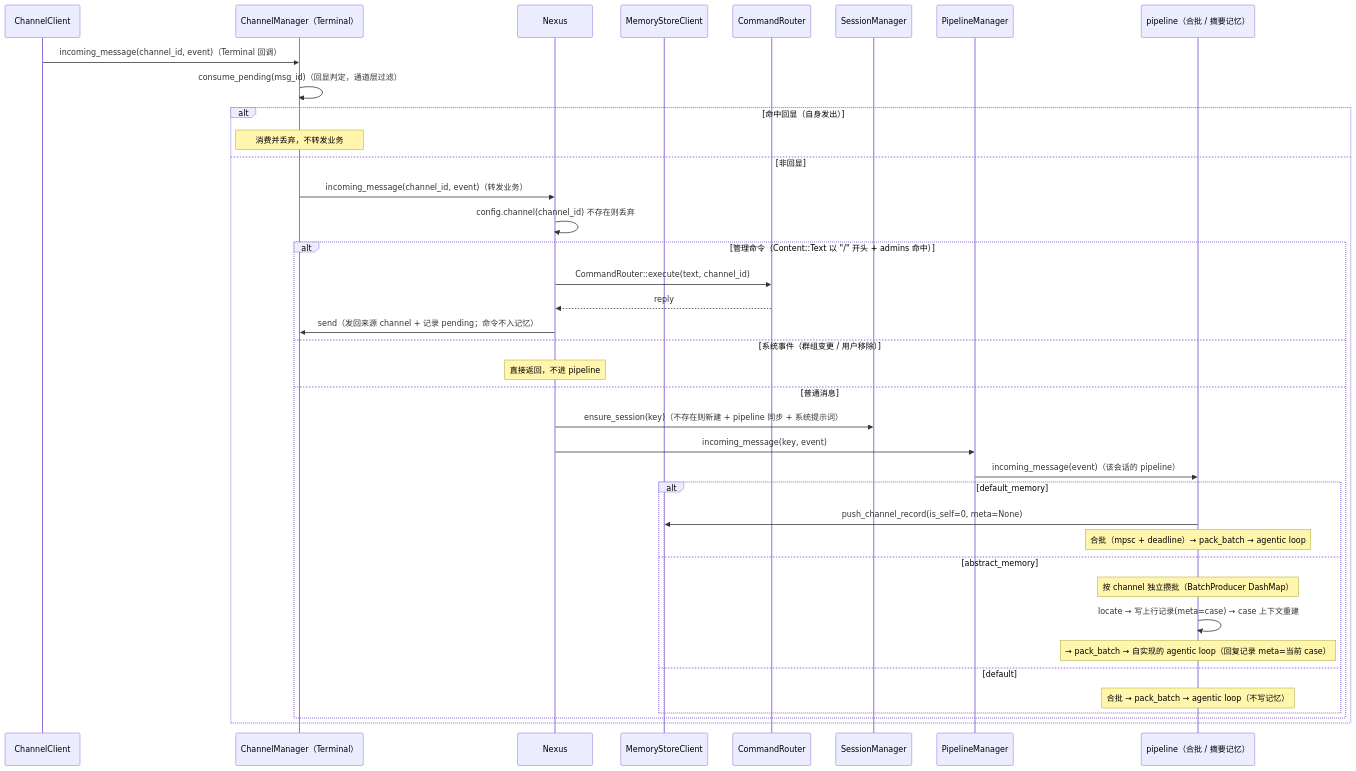
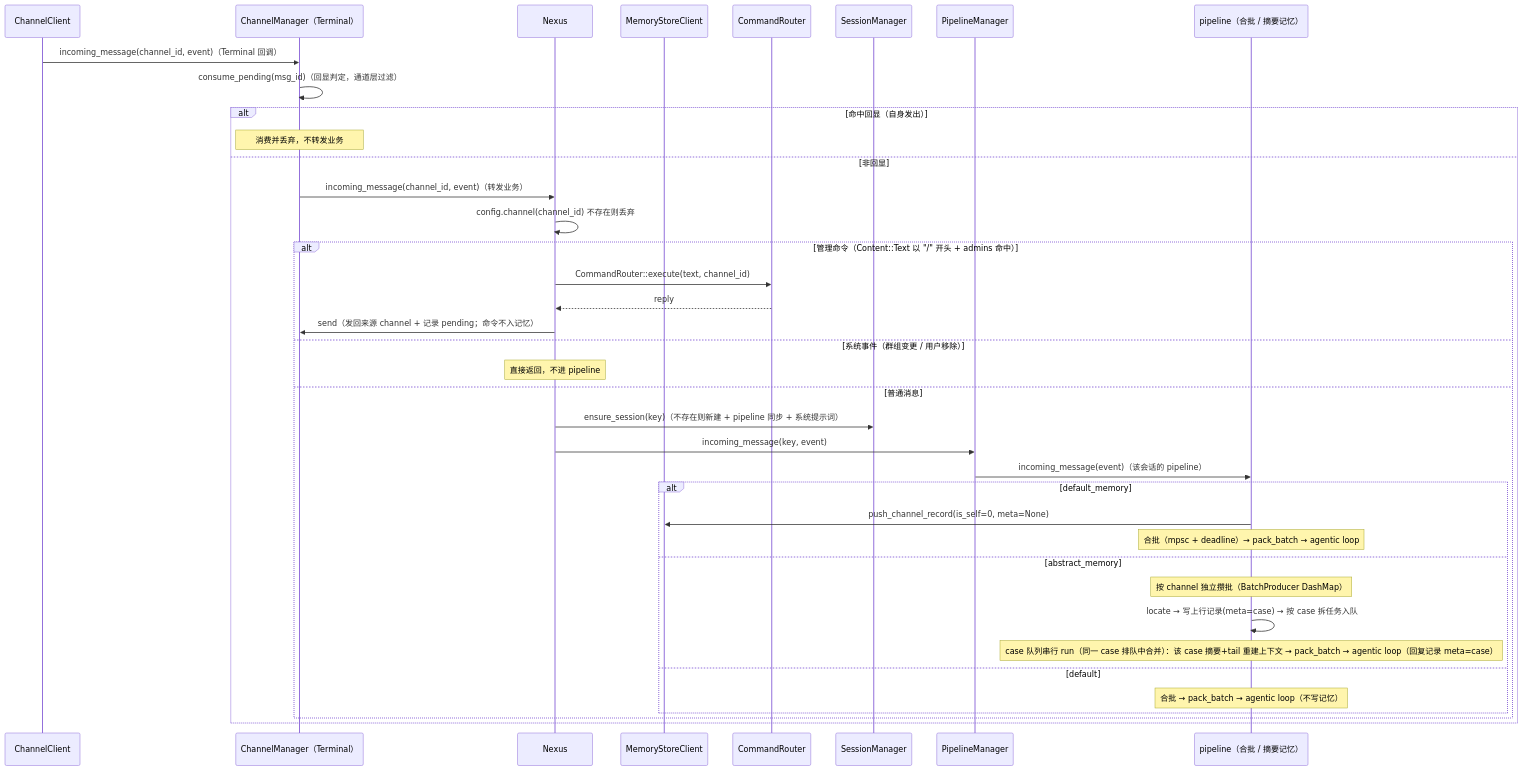
One commit to coldcloude/kissbot changed the third of 5 diagrams in docs/spec/agent-modules.md. Above: the diagram before and after it, drawn with Mermaid. The commit also changed other lines of this file and 3 other files, not shown here.

First line of the commit message:
摘要记忆 pipeline 按 case 拆分执行，run 粒度改为单个 case

````diff
--- a/docs/spec/agent-modules.md
+++ b/docs/spec/agent-modules.md
@@ -140,41 +140,41 @@
 ```mermaid
 sequenceDiagram
     participant CC as ChannelClient
     participant CHM as ChannelManager（Terminal）
     participant CO as Nexus
     participant MSC as MemoryStoreClient
     participant CRT as CommandRouter
     participant SM as SessionManager
     participant PLS as PipelineManager
     participant IP as pipeline（合批 / 摘要记忆）
 
     CC->>CHM: incoming_message(channel_id, event)（Terminal 回调）
     CHM->>CHM: consume_pending(msg_id)（回显判定，通道层过滤）
     alt 命中回显（自身发出）
         Note over CHM: 消费并丢弃，不转发业务
     else 非回显
         CHM->>CO: incoming_message(channel_id, event)（转发业务）
         CO->>CO: config.channel(channel_id) 不存在则丢弃
         alt 管理命令（Content::Text 以 "/" 开头 + admins 命中）
             CO->>CRT: CommandRouter::execute(text, channel_id)
             CRT-->>CO: reply
             CO->>CHM: send（发回来源 channel + 记录 pending；命令不入记忆）
         else 系统事件（群组变更 / 用户移除）
             Note over CO: 直接返回，不进 pipeline
         else 普通消息
             CO->>SM: ensure_session(key)（不存在则新建 + pipeline 同步 + 系统提示词）
             CO->>PLS: incoming_message(key, event)
             PLS->>IP: incoming_message(event)（该会话的 pipeline）
             alt default_memory
                 IP->>MSC: push_channel_record(is_self=0, meta=None)
                 Note over IP: 合批（mpsc + deadline）→ pack_batch → agentic loop
             else abstract_memory
                 Note over IP: 按 channel 独立攒批（BatchProducer DashMap）
-                IP->>IP: locate → 写上行记录(meta=case) → case 上下文重建
-                Note over IP: → pack_batch → 自实现的 agentic loop（回复记录 meta=当前 case）
+                IP->>IP: locate → 写上行记录(meta=case) → 按 case 拆任务入队
+                Note over IP: case 队列串行 run（同一 case 排队中合并）：该 case 摘要+tail 重建上下文 → pack_batch → agentic loop（回复记录 meta=case）
             else default
                 Note over IP: 合批 → pack_batch → agentic loop（不写记忆）
             end
         end
     end
 ```
````
